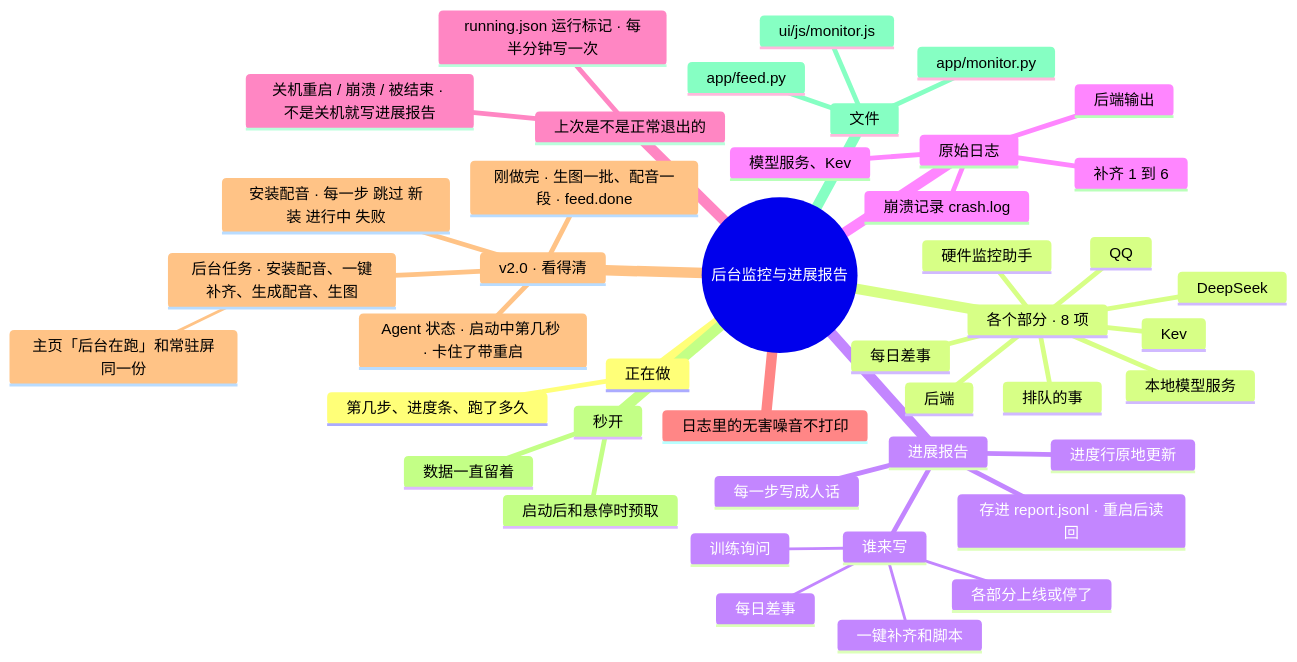
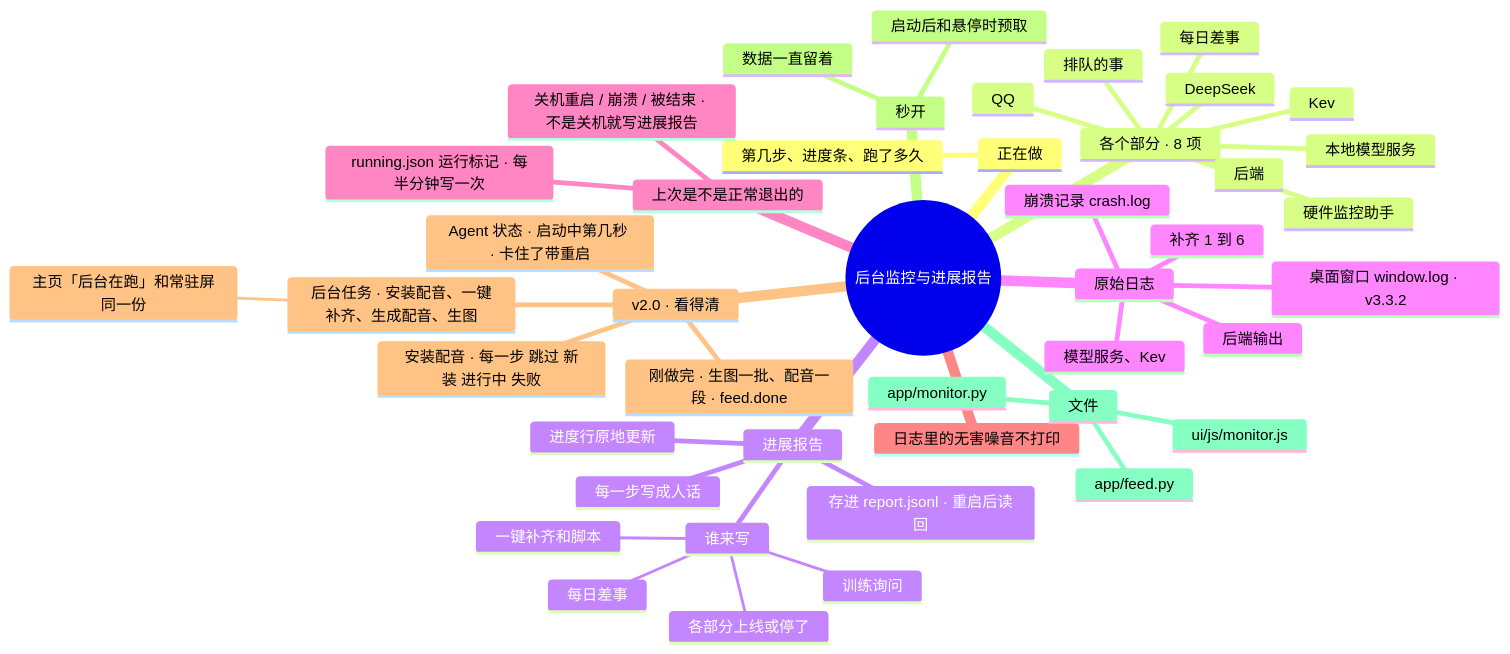
The diagram in docs/AI文档/架构/10-后台监控与进展报告.md (lql-076/Experiment-Agent-One), drawn with Mermaid before and after one commit. The commit also changed other lines of this file and 72 other files, not shown here.

````diff
--- a/docs/AI文档/架构/10-后台监控与进展报告.md
+++ b/docs/AI文档/架构/10-后台监控与进展报告.md
@@ -9,54 +9,55 @@
 ```mermaid
 mindmap
   root((后台监控与进展报告))
     正在做
       第几步、进度条、跑了多久
     各个部分 · 8 项
       后端
       :::svc-backend
       本地模型服务
       :::svc-model
       Kev
       :::svc-kev
       QQ
       :::svc-qq
       硬件监控助手
       :::svc-hw
       DeepSeek
       :::svc-ds
       每日差事
       :::svc-nightly
       排队的事
       :::svc-queue
     进展报告
       每一步写成人话
       进度行原地更新
       谁来写
         一键补齐和脚本
         每日差事
         训练询问
         各部分上线或停了
       存进 report.jsonl · 重启后读回
     原始日志
       补齐 1 到 6
       后端输出
       模型服务、Kev
+      桌面窗口 window.log · v3.3.2
       崩溃记录 crash.log
     上次是不是正常退出的
       running.json 运行标记 · 每半分钟写一次
       关机重启 / 崩溃 / 被结束 · 不是关机就写进展报告
     日志里的无害噪音不打印
     v2.0 · 看得清
       后台任务 · 安装配音、一键补齐、生成配音、生图
         主页「后台在跑」和常驻屏同一份
       刚做完 · 生图一批、配音一段 · feed.done
       Agent 状态 · 启动中第几秒 · 卡住了带重启
       安装配音 · 每一步 跳过 新装 进行中 失败
     秒开
       数据一直留着
       启动后和悬停时预取
     文件
       app/monitor.py
       app/feed.py
       ui/js/monitor.js
 ```
````
